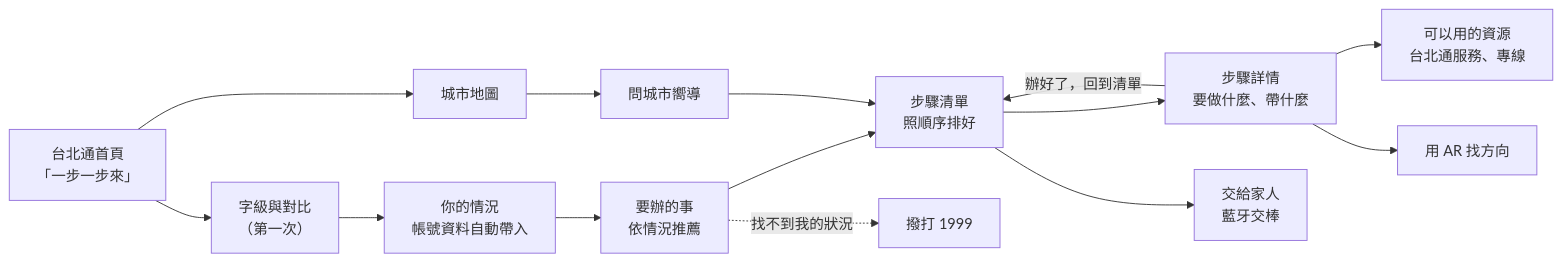
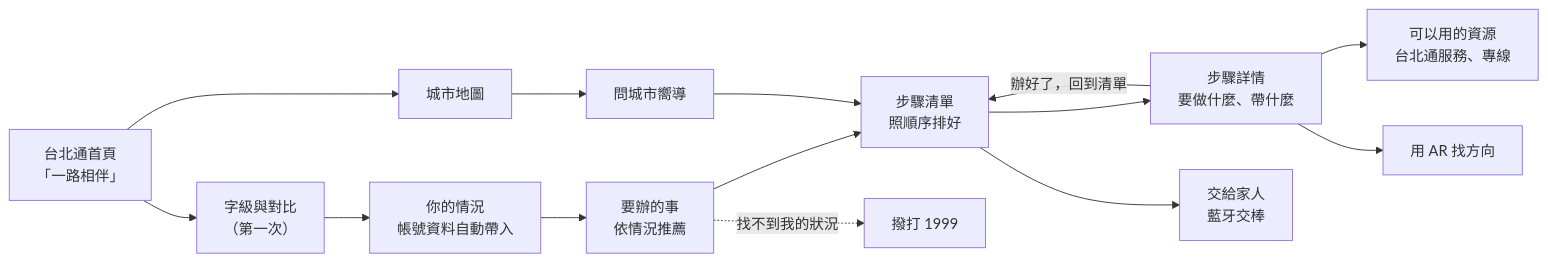
One commit to BCPH357/hackthon1107_2026 changed the first of 3 diagrams in README.md. Above: the diagram before and after it, drawn with Mermaid. The commit also changed other lines of this file and 15 other files, not shown here.

````diff
--- a/README.md
+++ b/README.md
@@ -132,16 +132,16 @@
 ```mermaid
 flowchart LR
-    A["台北通首頁<br>「一步一步來」"] --> B["字級與對比<br>（第一次）"]
+    A["台北通首頁<br>「一路相伴」"] --> B["字級與對比<br>（第一次）"]
     B --> C["你的情況<br>帳號資料自動帶入"]
     C --> D["要辦的事<br>依情況推薦"]
     D --> E["步驟清單<br>照順序排好"]
     E --> F["步驟詳情<br>要做什麼、帶什麼"]
     F --> G["可以用的資源<br>台北通服務、專線"]
     F --> H["用 AR 找方向"]
     E --> I["交給家人<br>藍牙交棒"]
     F -- "辦好了，回到清單" --> E
     D -. "找不到我的狀況" .-> J["撥打 1999"]
     A --> K["城市地圖"]
     K --> L["問城市嚮導"]
     L --> E
 ```
````
